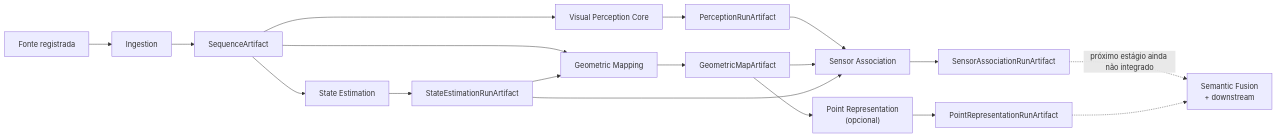
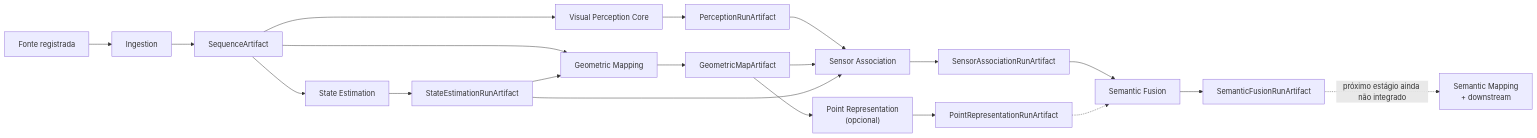
One commit to Alexandre-Tortoza/contextmap2 changed the second of 18 diagrams in docs/PIPELINE.md. Above: the diagram before and after it, drawn with Mermaid. The commit also changed other lines of this file and 6 other files, not shown here.

First line of the commit message:
docs(semantic-fusion): integrate the milestone into the global documentation

````diff
--- a/docs/PIPELINE.md
+++ b/docs/PIPELINE.md
@@ -83,20 +83,22 @@
 ```mermaid
 flowchart LR
     RAW["Fonte registrada"] --> ING["Ingestion"]
     ING --> SEQ["SequenceArtifact"]
     SEQ --> VP["Visual Perception Core"]
     VP --> PRA["PerceptionRunArtifact"]
     SEQ --> ST["State Estimation"]
     ST --> TRA["StateEstimationRunArtifact"]
     SEQ --> GM["Geometric Mapping"]
     TRA --> GM
     GM --> MAPA["GeometricMapArtifact"]
     PRA --> SA["Sensor Association"]
     MAPA --> SA
     TRA --> SA
     SA --> ASA["SensorAssociationRunArtifact"]
     MAPA --> PTR["Point Representation<br/>(opcional)"]
     PTR --> PTRA["PointRepresentationRunArtifact"]
-    ASA -. próximo estágio ainda não integrado .-> FUT["Semantic Fusion<br/>+ downstream"]
-    PTRA -.-> FUT
+    ASA --> FUS["Semantic Fusion"]
+    PTRA -.-> FUS
+    FUS --> FUSA["SemanticFusionRunArtifact"]
+    FUSA -. próximo estágio ainda não integrado .-> FUT["Semantic Mapping<br/>+ downstream"]
 ```
````
